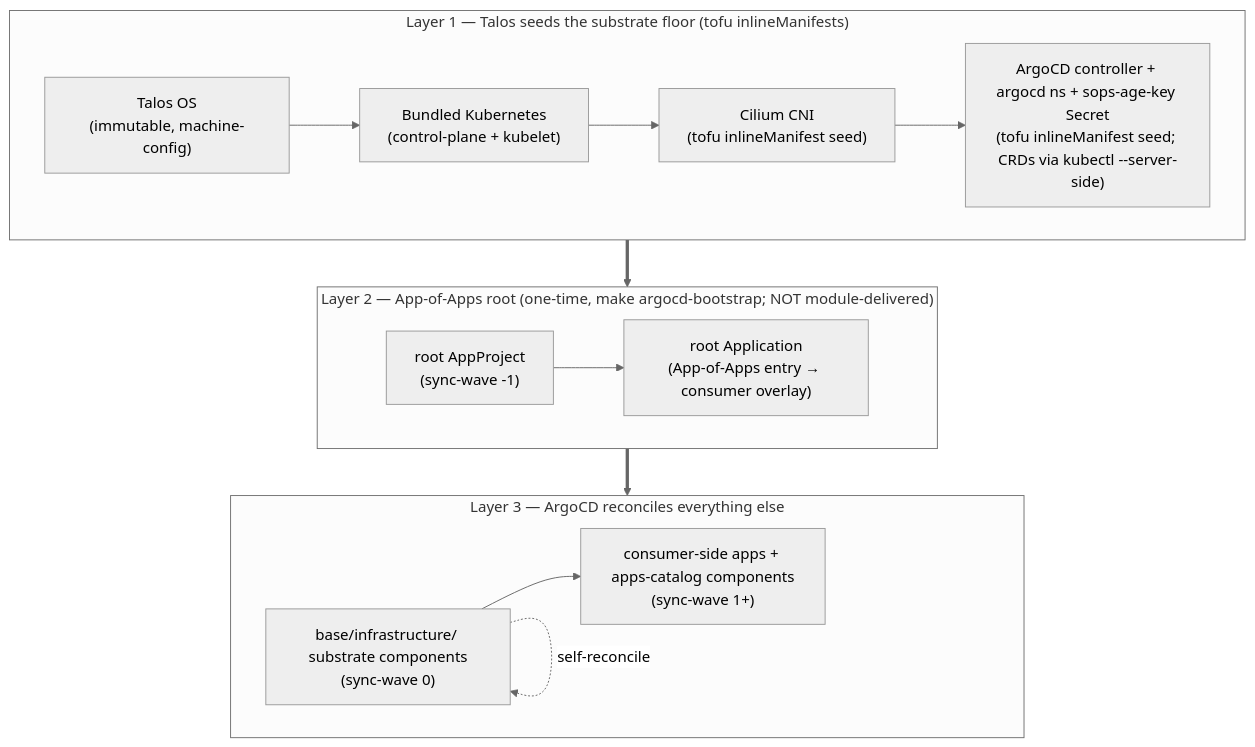
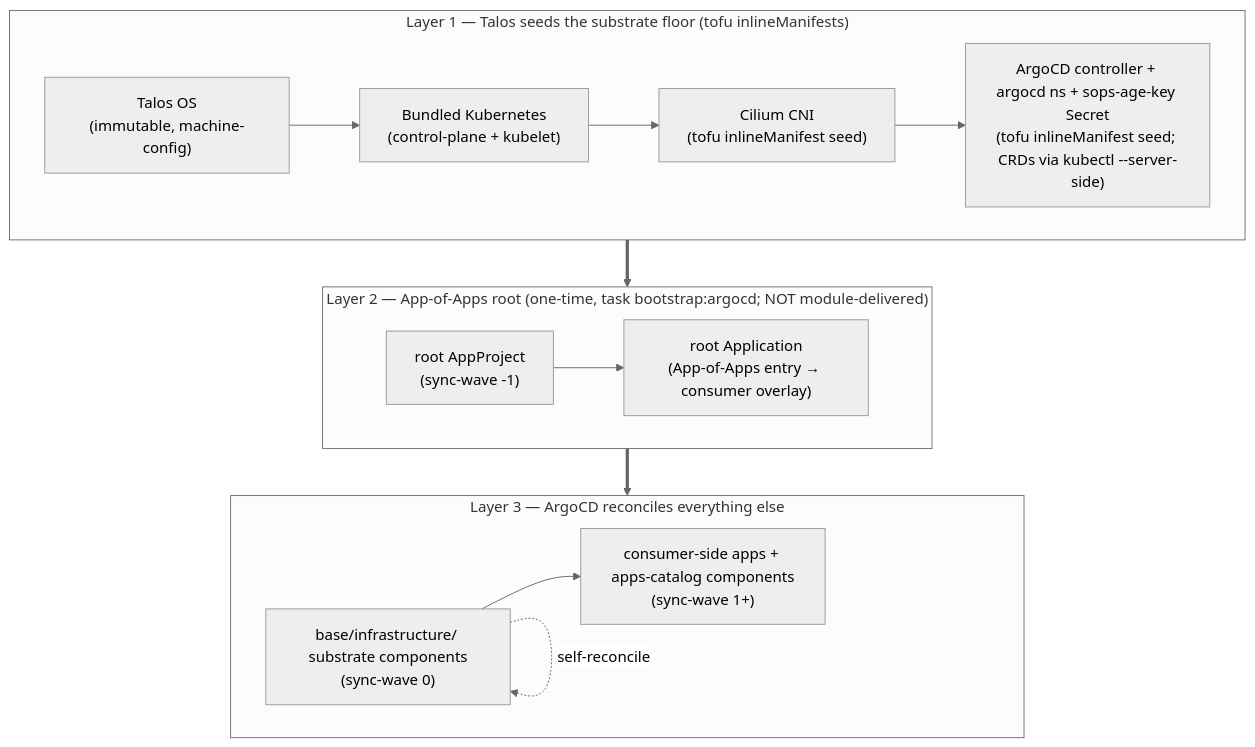
The diagram in docs/day-zero-pattern.md (Nosmoht/talos-platform-base), drawn with Mermaid before and after one commit. The commit also changed other lines of this file and 32 other files, not shown here.

````diff
--- a/docs/day-zero-pattern.md
+++ b/docs/day-zero-pattern.md
@@ -29,29 +29,29 @@
 ```mermaid
 %%{init: { "theme": "neutral" } }%%
 flowchart TB
   subgraph L1["Layer 1 — Talos seeds the substrate floor (tofu inlineManifests)"]
     direction LR
     talos["Talos OS<br/>(immutable, machine-config)"]
     k8s["Bundled Kubernetes<br/>(control-plane + kubelet)"]
     cilium["Cilium CNI<br/>(tofu inlineManifest seed)"]
     argoseed["ArgoCD controller + argocd ns + sops-age-key Secret<br/>(tofu inlineManifest seed; CRDs via kubectl --server-side)"]
     talos --> k8s --> cilium --> argoseed
   end
 
-  subgraph L2["Layer 2 — App-of-Apps root (one-time, make argocd-bootstrap; NOT module-delivered)"]
+  subgraph L2["Layer 2 — App-of-Apps root (one-time, task bootstrap:argocd; NOT module-delivered)"]
     direction LR
     appproj["root AppProject<br/>(sync-wave -1)"]
     rootapp["root Application<br/>(App-of-Apps entry → consumer overlay)"]
     appproj --> rootapp
   end
 
   subgraph L3["Layer 3 — ArgoCD reconciles everything else"]
     direction LR
     infra["base/infrastructure/ substrate components<br/>(sync-wave 0)"]
     apps["consumer-side apps + apps-catalog components<br/>(sync-wave 1+)"]
     infra --> apps
     infra -. self-reconcile .-> infra
   end
 
   L1 ==> L2 ==> L3
 ```
````
